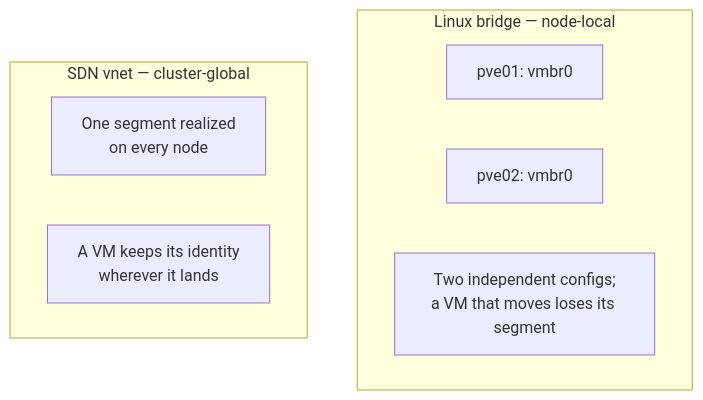
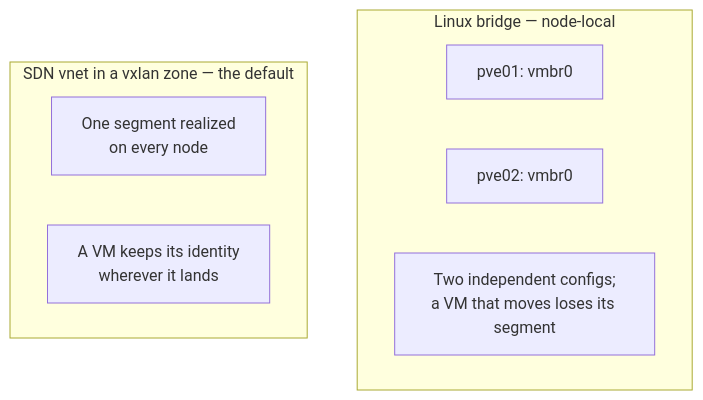
Before and after one commit to fivetwenty-io/bosh-proxmox-cpi-release: the first of 3 diagrams in docs/architecture/07-portable-networks.md, drawn with Mermaid. The commit also changed other lines of this file and 1 other file, not shown here.

Commit message:
docs: correct zone-type reach and route-injection claims in chapter 7

````diff
--- a/docs/architecture/07-portable-networks.md
+++ b/docs/architecture/07-portable-networks.md
@@ -19,12 +19,12 @@
 ```mermaid
 flowchart TB
     subgraph Bridge["Linux bridge — node-local"]
         BA["pve01: vmbr0"]
         BB["pve02: vmbr0"]
         BN["Two independent configs;<br/>a VM that moves loses its segment"]
     end
-    subgraph Vnet["SDN vnet — cluster-global"]
+    subgraph Vnet["SDN vnet in a vxlan zone — the default"]
         VA["One segment realized<br/>on every node"]
         VN["A VM keeps its identity<br/>wherever it lands"]
     end
 ```
````
